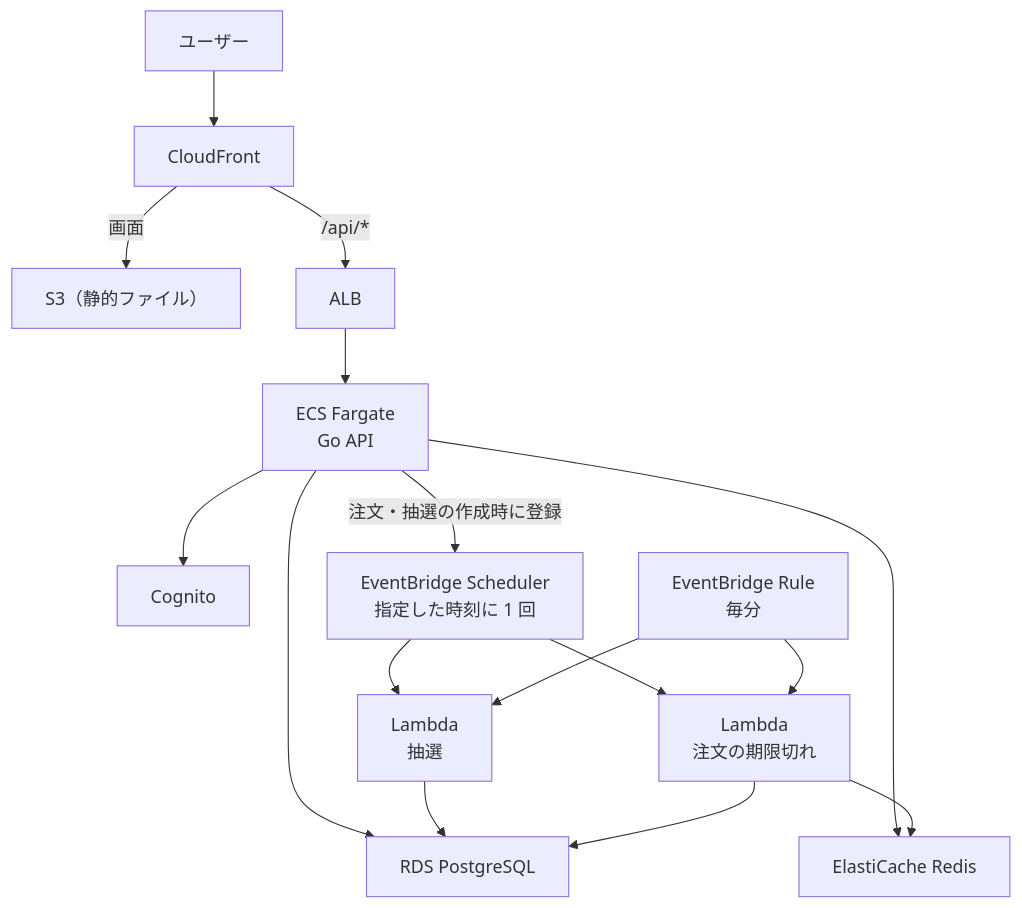
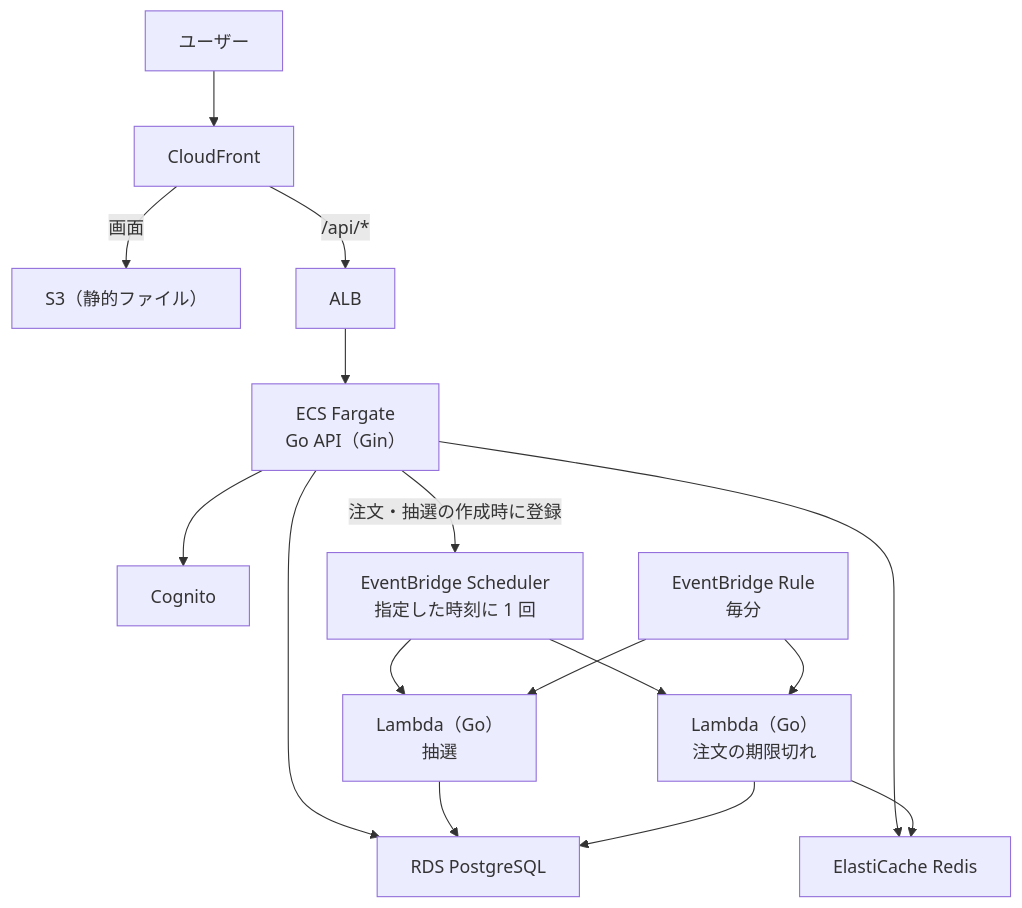
Before and after one commit to jessehub777/flashbuy: the diagram in README.md, drawn with Mermaid. The commit also changed other lines of this file and 1 other file, not shown here.

````diff
--- a/README.md
+++ b/README.md
@@ -39,18 +41,18 @@
 ```mermaid
 flowchart TB
   U["ユーザー"] --> CF["CloudFront"]
   CF -->|"画面"| S3F["S3（静的ファイル）"]
   CF -->|"/api/*"| ALB["ALB"]
-  ALB --> ECS["ECS Fargate<br/>Go API"]
+  ALB --> ECS["ECS Fargate<br/>Go API（Gin）"]
   ECS --> RDS["RDS PostgreSQL"]
   ECS --> RD["ElastiCache Redis"]
   ECS --> COG["Cognito"]
   ECS -->|"注文・抽選の作成時に登録"| SCH["EventBridge Scheduler<br/>指定した時刻に 1 回"]
-  SCH --> L1["Lambda<br/>抽選"]
-  SCH --> L2["Lambda<br/>注文の期限切れ"]
+  SCH --> L1["Lambda（Go）<br/>抽選"]
+  SCH --> L2["Lambda（Go）<br/>注文の期限切れ"]
   RULE["EventBridge Rule<br/>毎分"] --> L1
   RULE --> L2
   L1 --> RDS
   L2 --> RDS
   L2 --> RD
 ```
````
